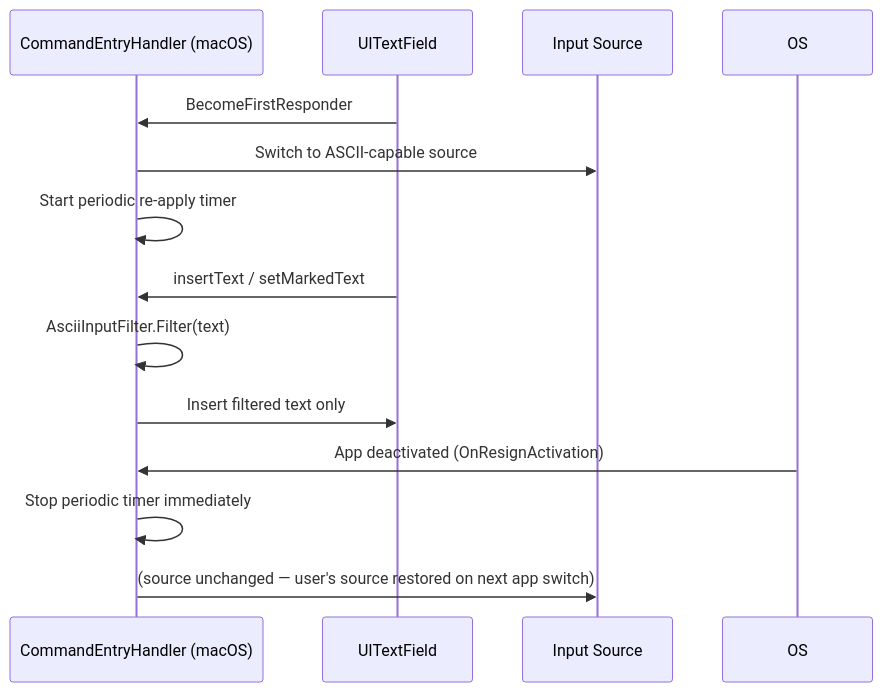
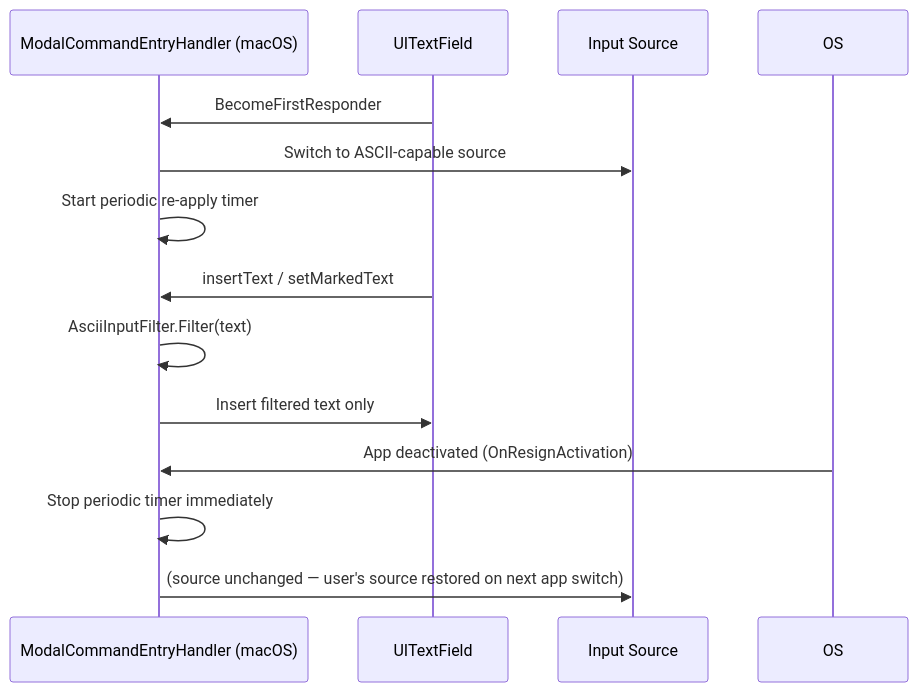
The third of 6 diagrams in docs/DEVELOPER_GUIDE.md (Widthdom/Praxis), drawn with Mermaid before and after one commit. The commit also changed other lines of this file and 11 other files, not shown here.

Commit message:
Stop forcing ASCII input mode for main command entry

````diff
--- a/docs/DEVELOPER_GUIDE.md
+++ b/docs/DEVELOPER_GUIDE.md
@@ -159,17 +158,17 @@
 ```mermaid
 sequenceDiagram
-    participant CE as CommandEntryHandler (macOS)
+    participant CE as ModalCommandEntryHandler (macOS)
     participant TF as UITextField
     participant IS as Input Source
 
     TF->>CE: BecomeFirstResponder
     CE->>IS: Switch to ASCII-capable source
     CE->>CE: Start periodic re-apply timer
     TF->>CE: insertText / setMarkedText
     CE->>CE: AsciiInputFilter.Filter(text)
     CE->>TF: Insert filtered text only
 
     OS->>CE: App deactivated (OnResignActivation)
     CE->>CE: Stop periodic timer immediately
     CE->>IS: (source unchanged — user's source restored on next app switch)
 ```
````
